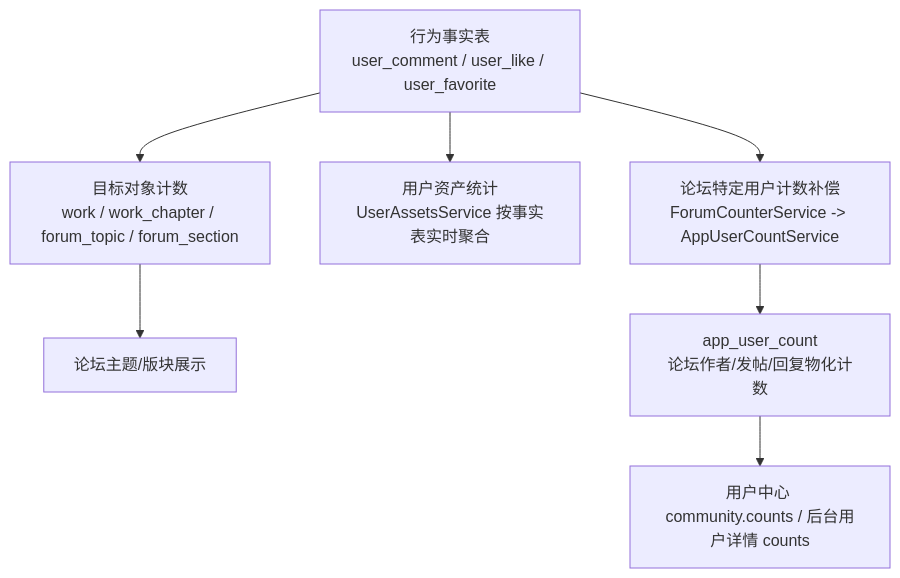
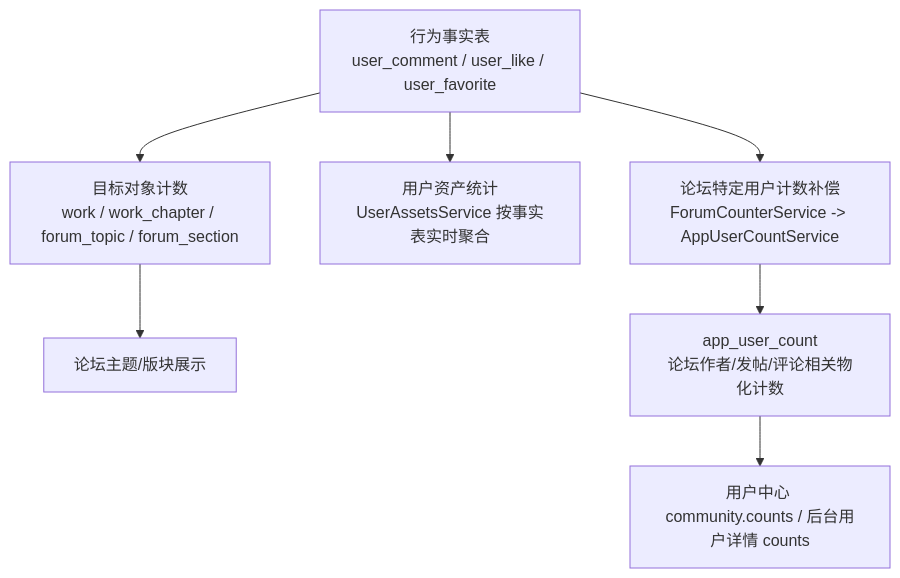
One commit to oneStrike/es-server changed the diagram in docs/audit/USER_COUNT_用户计数架构全量审查报告_2026-03-20.md. Above: the diagram before and after it, drawn with Mermaid. The commit also changed other lines of this file and 44 other files, not shown here.

````diff
--- a/docs/audit/USER_COUNT_用户计数架构全量审查报告_2026-03-20.md
+++ b/docs/audit/USER_COUNT_用户计数架构全量审查报告_2026-03-20.md
@@ -47,9 +47,9 @@
 ```mermaid
 flowchart TD
   A["行为事实表<br/>user_comment / user_like / user_favorite"] --> B["目标对象计数<br/>work / work_chapter / forum_topic / forum_section"]
   A --> C["用户资产统计<br/>UserAssetsService 按事实表实时聚合"]
   B --> D["论坛主题/版块展示"]
   A --> E["论坛特定用户计数补偿<br/>ForumCounterService -> AppUserCountService"]
-  E --> F["app_user_count<br/>论坛作者/发帖/回复物化计数"]
+  E --> F["app_user_count<br/>论坛作者/发帖/评论相关物化计数"]
   F --> G["用户中心 community.counts / 后台用户详情 counts"]
 ```
````
